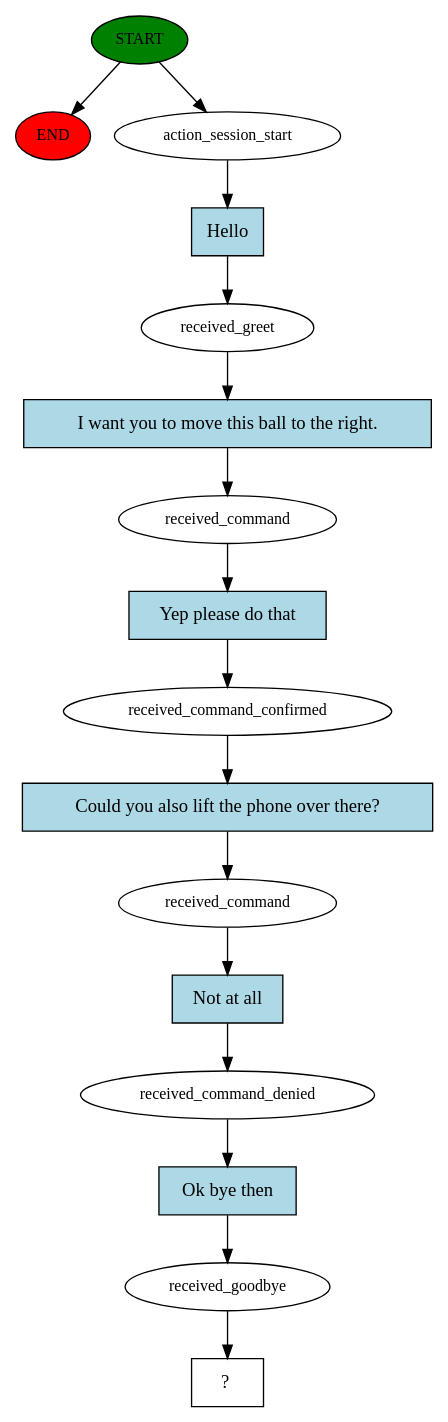
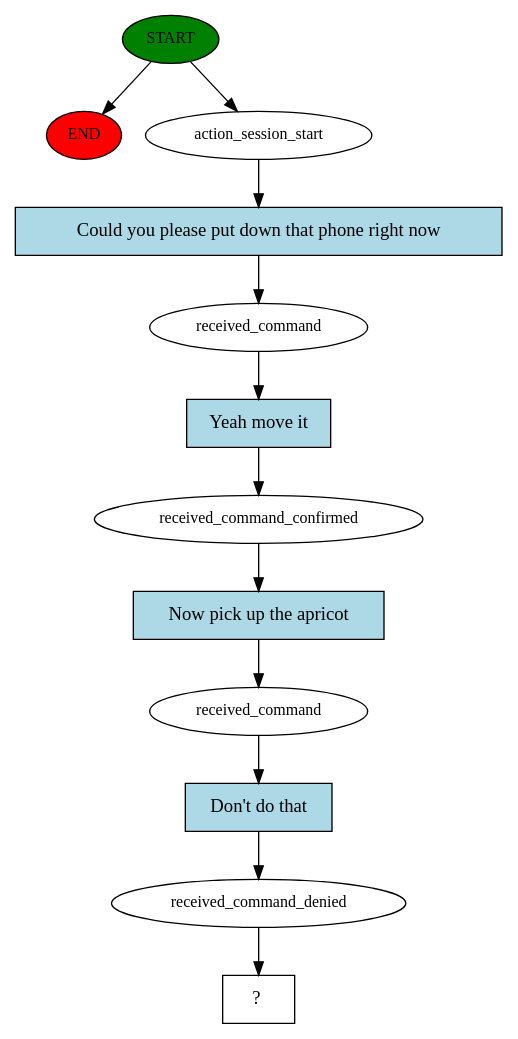
One commit to glhr/rasa_project changed the diagram in story_graph.dot. Above: the diagram before and after it, drawn with Graphviz. The commit also changed 5 other files, not shown here.

```diff
--- a/story_graph.dot
+++ b/story_graph.dot
@@ -1,33 +1,25 @@
 digraph  {
 0 [class="start active", fillcolor=green, fontsize=12, label=START, style=filled];
 "-1" [class=end, fillcolor=red, fontsize=12, label=END, style=filled];
 1 [class=active, fontsize=12, label=action_session_start];
-2 [class=active, fontsize=12, label=received_greet];
-3 [class=active, fontsize=12, label=received_command];
-4 [class=active, fontsize=12, label=received_command_confirmed];
-5 [class=active, fontsize=12, label=received_command];
-6 [class=active, fontsize=12, label=received_command_denied];
-7 [class=active, fontsize=12, label=received_goodbye];
-8 [class="intent dashed active", label="  ?  ", shape=rect];
-9 [class="intent active", fillcolor=lightblue, label=Hello, shape=rect, style=filled];
-10 [class="intent active", fillcolor=lightblue, label="I want you to move this ball to the right.", shape=rect, style=filled];
-11 [class="intent active", fillcolor=lightblue, label="Yep please do that", shape=rect, style=filled];
-12 [class="intent active", fillcolor=lightblue, label="Could you also lift the phone over there?", shape=rect, style=filled];
-13 [class="intent active", fillcolor=lightblue, label="Not at all", shape=rect, style=filled];
-14 [class="intent active", fillcolor=lightblue, label="Ok bye then", shape=rect, style=filled];
+2 [class=active, fontsize=12, label=received_command];
+3 [class=active, fontsize=12, label=received_command_confirmed];
+4 [class=active, fontsize=12, label=received_command];
+5 [class=active, fontsize=12, label=received_command_denied];
+6 [class="intent dashed active", label="  ?  ", shape=rect];
+7 [class="intent active", fillcolor=lightblue, label="Could you please put down that phone right now", shape=rect, style=filled];
+8 [class="intent active", fillcolor=lightblue, label="Yeah move it", shape=rect, style=filled];
+9 [class="intent active", fillcolor=lightblue, label="Now pick up the apricot", shape=rect, style=filled];
+10 [class="intent active", fillcolor=lightblue, label="Don't do that", shape=rect, style=filled];
 0 -> "-1"  [class="", key=NONE, label=""];
 0 -> 1  [class=active, key=NONE, label=""];
-1 -> 9  [class=active, key=0];
-2 -> 10  [class=active, key=0];
-3 -> 11  [class=active, key=0];
-4 -> 12  [class=active, key=0];
-5 -> 13  [class=active, key=0];
-6 -> 14  [class=active, key=0];
-7 -> 8  [class=active, key=NONE, label=""];
-9 -> 2  [class=active, key=0];
-10 -> 3  [class=active, key=0];
-11 -> 4  [class=active, key=0];
-12 -> 5  [class=active, key=0];
-13 -> 6  [class=active, key=0];
-14 -> 7  [class=active, key=0];
+1 -> 7  [class=active, key=0];
+2 -> 8  [class=active, key=0];
+3 -> 9  [class=active, key=0];
+4 -> 10  [class=active, key=0];
+5 -> 6  [class=active, key=NONE, label=""];
+7 -> 2  [class=active, key=0];
+8 -> 3  [class=active, key=0];
+9 -> 4  [class=active, key=0];
+10 -> 5  [class=active, key=0];
 }
```
